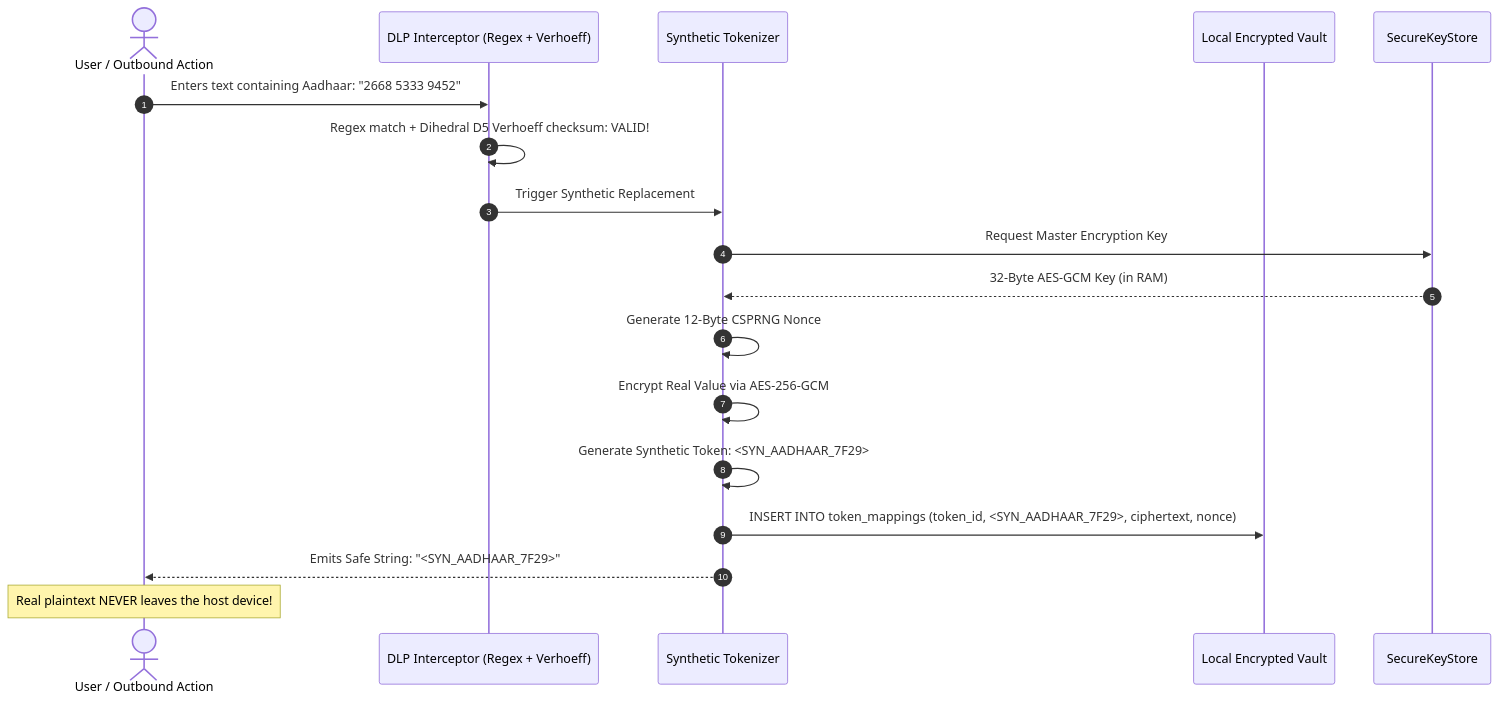
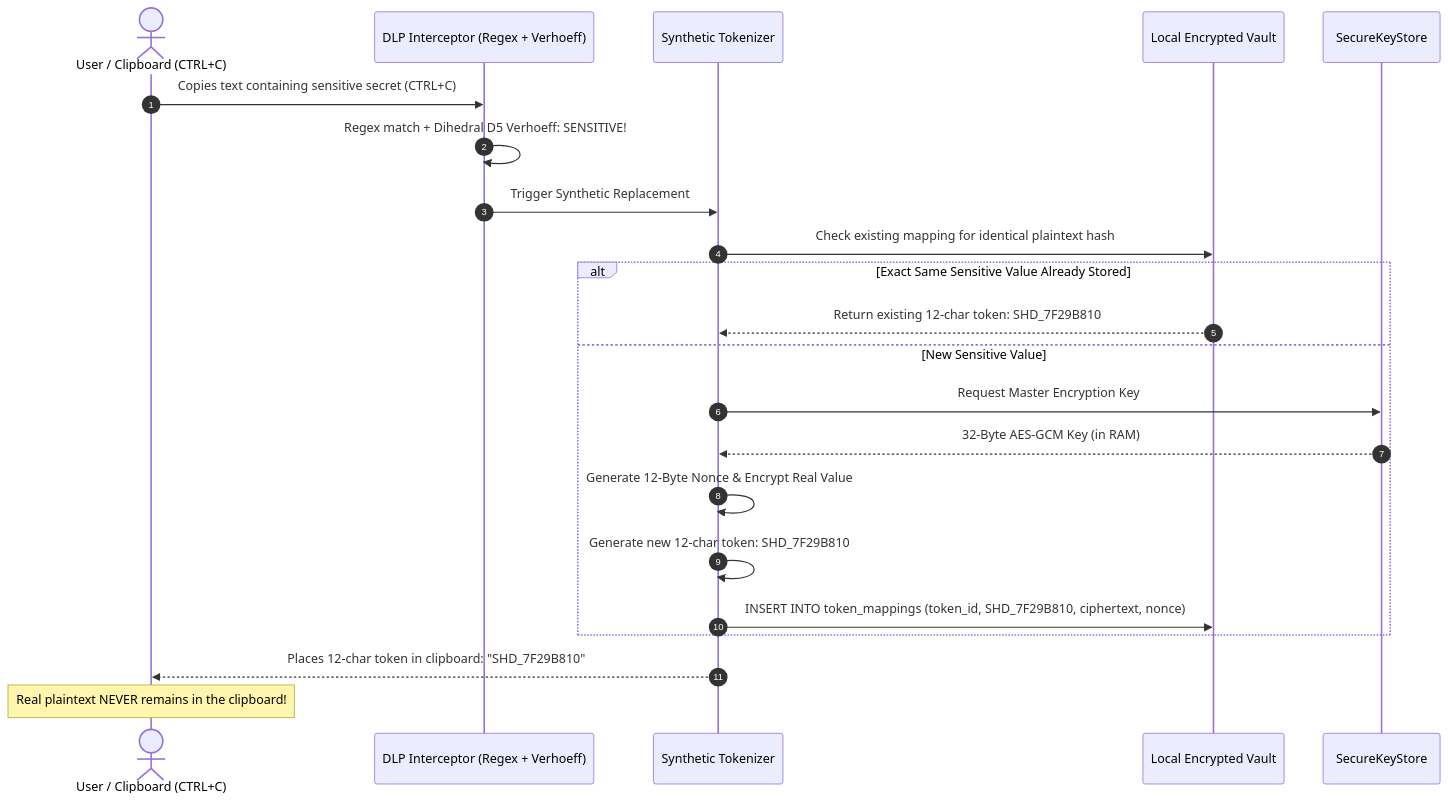
The third of 7 diagrams in docs/architecture/ARCHITECTURE.md (Shashank-1920/KPRIET-HackITon26), drawn with Mermaid before and after one commit. The commit also changed other lines of this file and 3 other files, not shown here.

First line of the commit message:
docs: add PRODUCT_REQUIREMENTS and align architecture with privacy-first model

````diff
--- a/docs/architecture/ARCHITECTURE.md
+++ b/docs/architecture/ARCHITECTURE.md
@@ -130,21 +145,25 @@
 ```mermaid
 sequenceDiagram
     autonumber
-    actor User as User / Outbound Action
+    actor User as User / Clipboard (CTRL+C)
     participant DLP as DLP Interceptor (Regex + Verhoeff)
     participant Tokenizer as Synthetic Tokenizer
     participant Vault as Local Encrypted Vault
     participant KeyStore as SecureKeyStore
 
-    User->>DLP: Enters text containing Aadhaar: "2668 5333 9452"
-    DLP->>DLP: Regex match + Dihedral D5 Verhoeff checksum: VALID!
+    User->>DLP: Copies text containing sensitive secret (CTRL+C)
+    DLP->>DLP: Regex match + Dihedral D5 Verhoeff: SENSITIVE!
     DLP->>Tokenizer: Trigger Synthetic Replacement
-    Tokenizer->>KeyStore: Request Master Encryption Key
-    KeyStore-->>Tokenizer: 32-Byte AES-GCM Key (in RAM)
-    Tokenizer->>Tokenizer: Generate 12-Byte CSPRNG Nonce
-    Tokenizer->>Tokenizer: Encrypt Real Value via AES-256-GCM
-    Tokenizer->>Tokenizer: Generate Synthetic Token: <SYN_AADHAAR_7F29>
-    Tokenizer->>Vault: INSERT INTO token_mappings (token_id, <SYN_AADHAAR_7F29>, ciphertext, nonce)
-    Tokenizer-->>User: Emits Safe String: "<SYN_AADHAAR_7F29>"
-    Note over User: Real plaintext NEVER leaves the host device!
+    Tokenizer->>Vault: Check existing mapping for identical plaintext hash
+    alt Exact Same Sensitive Value Already Stored
+        Vault-->>Tokenizer: Return existing 12-char token: SHD_7F29B810
+    else New Sensitive Value
+        Tokenizer->>KeyStore: Request Master Encryption Key
+        KeyStore-->>Tokenizer: 32-Byte AES-GCM Key (in RAM)
+        Tokenizer->>Tokenizer: Generate 12-Byte Nonce & Encrypt Real Value
+        Tokenizer->>Tokenizer: Generate new 12-char token: SHD_7F29B810
+        Tokenizer->>Vault: INSERT INTO token_mappings (token_id, SHD_7F29B810, ciphertext, nonce)
+    end
+    Tokenizer-->>User: Places 12-char token in clipboard: "SHD_7F29B810"
+    Note over User: Real plaintext NEVER remains in the clipboard!
 ```
````
